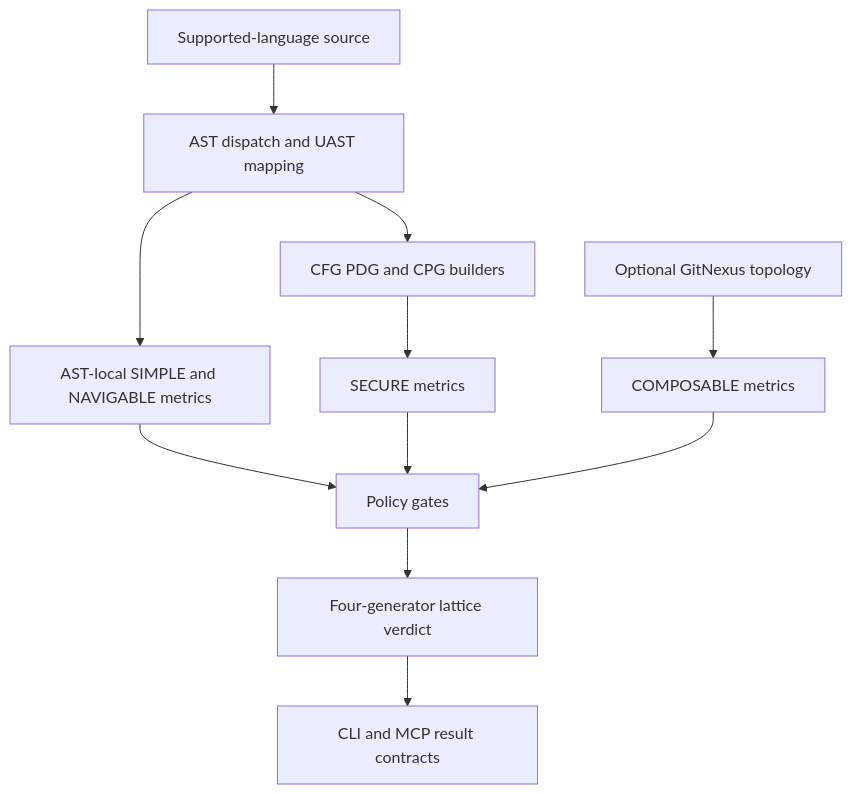
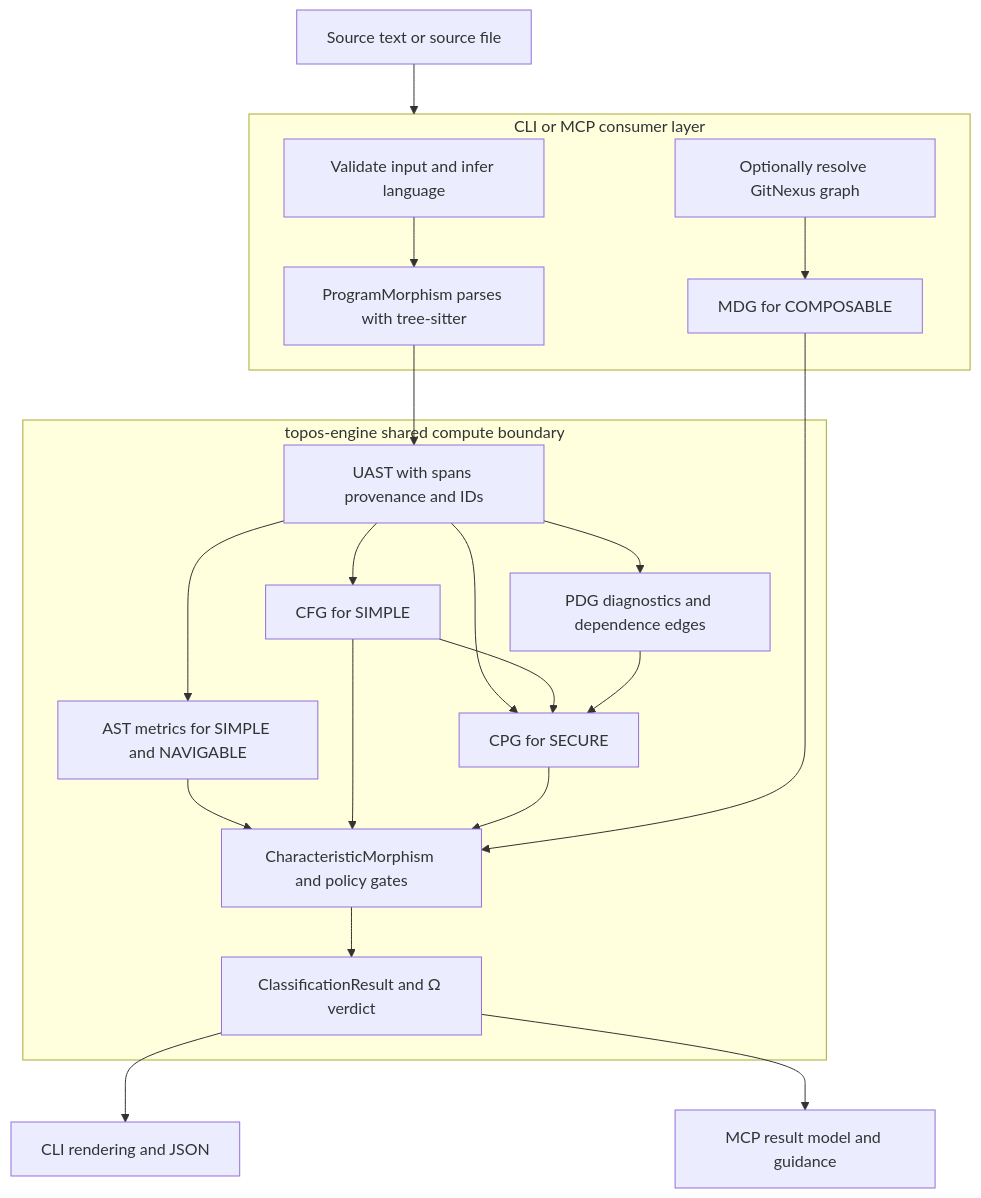
Before and after one commit to Krv-Labs/topos: the diagram in openwiki/architecture/overview.md, drawn with Mermaid. The commit also changed other lines of this file and 23 other files, not shown here.

````diff
--- a/openwiki/architecture/overview.md
+++ b/openwiki/architecture/overview.md
@@ -29,13 +72,26 @@
 ```mermaid
 flowchart TD
-    Source["Supported-language source"] --> Parse["AST dispatch and UAST mapping"]
-    Parse --> Local["AST-local SIMPLE and NAVIGABLE metrics"]
-    Parse --> Graphs["CFG PDG and CPG builders"]
-    Graphs --> Secure["SECURE metrics"]
-    GitNexus["Optional GitNexus topology"] --> Composable["COMPOSABLE metrics"]
-    Local --> Policy["Policy gates"]
-    Secure --> Policy
-    Composable --> Policy
-    Policy --> Verdict["Four-generator lattice verdict"]
-    Verdict --> Interfaces["CLI and MCP result contracts"]
+    Source["Source text or source file"] --> Consumer
+    subgraph Consumer["CLI or MCP consumer layer"]
+        Input["Validate input and infer language"]
+        GraphState["Optionally resolve GitNexus graph"]
+        Input --> Morphism
+        GraphState --> Attach
+    end
+    subgraph Engine["topos-engine shared compute boundary"]
+        Morphism["ProgramMorphism parses with tree-sitter"] --> UAST["UAST with spans provenance and IDs"]
+        UAST --> AstReadings["AST metrics for SIMPLE and NAVIGABLE"]
+        UAST --> CFG["CFG for SIMPLE"]
+        UAST --> PDG["PDG diagnostics and dependence edges"]
+        UAST --> CPG["CPG for SECURE"]
+        CFG --> CPG
+        PDG --> CPG
+        AstReadings --> Classifier
+        CFG --> Classifier
+        CPG --> Classifier
+        Attach["MDG for COMPOSABLE"] --> Classifier["CharacteristicMorphism and policy gates"]
+        Classifier --> Result["ClassificationResult and Ω verdict"]
+    end
+    Result --> CLI["CLI rendering and JSON"]
+    Result --> MCP["MCP result model and guidance"]
 ```
````
